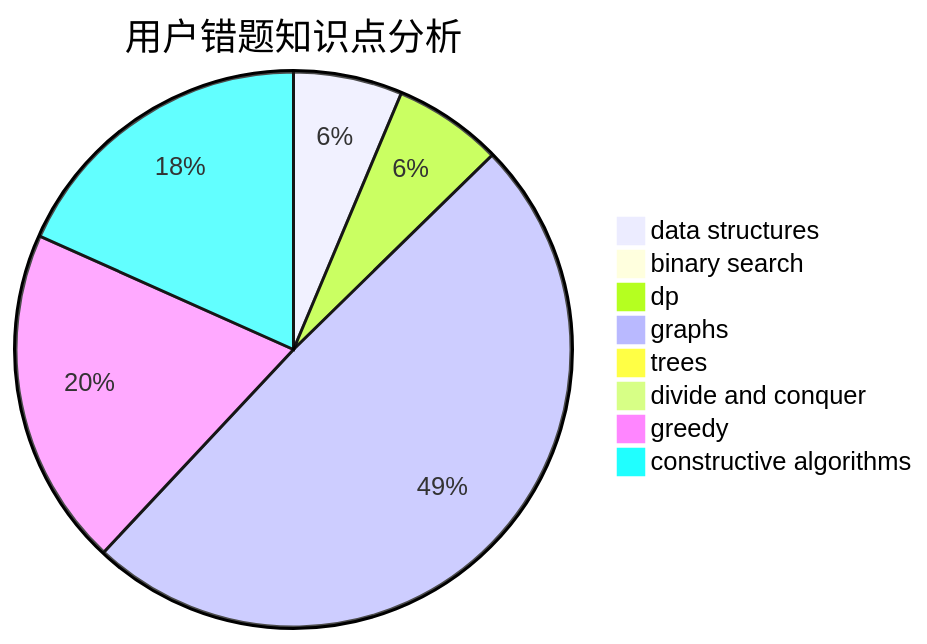
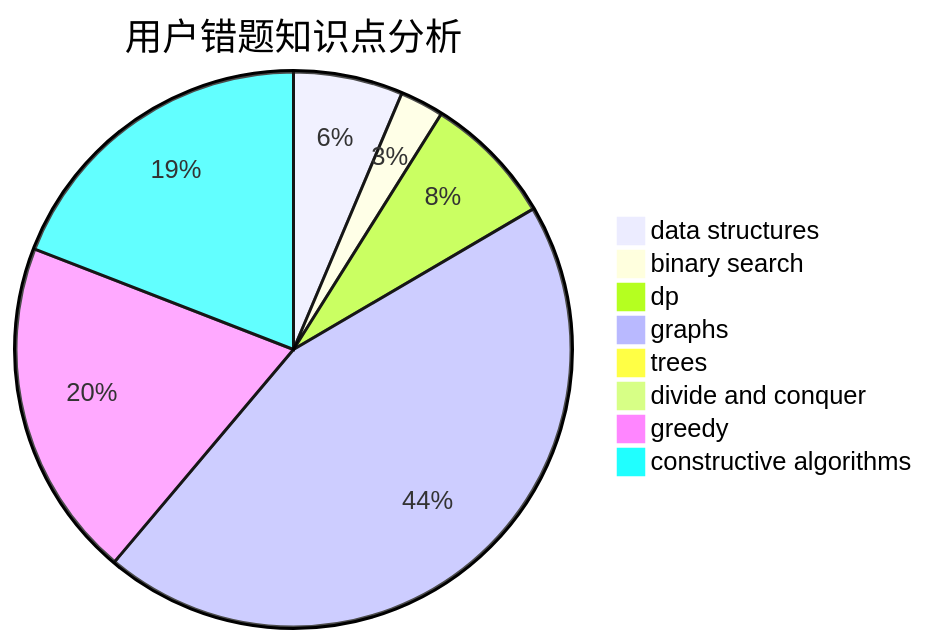
Before and after one commit to sherpahu/cfrs.github.io: the third of 3 diagrams in docs/user/u1668.md, drawn with Mermaid. The commit also changed other lines of this file and 2770 other files, not shown here.

````diff
--- a/docs/user/u1668.md
+++ b/docs/user/u1668.md
@@ -36,11 +36,11 @@
 ```mermaid
 pie title 用户错题知识点分析
-    "data structures" :  9
-    "binary search" :  0
-    "dp" :  9
+    "data structures" :  10
+    "binary search" :  4
+    "dp" :  12
     "graphs" :  70
     "trees" :  0
-    "divide and conquer" :  0
-    "greedy" :  28
-    "constructive algorithms" :  26
+    "divide and conquer" :  1
+    "greedy" :  31
+    "constructive algorithms" :  30
 ```
````
